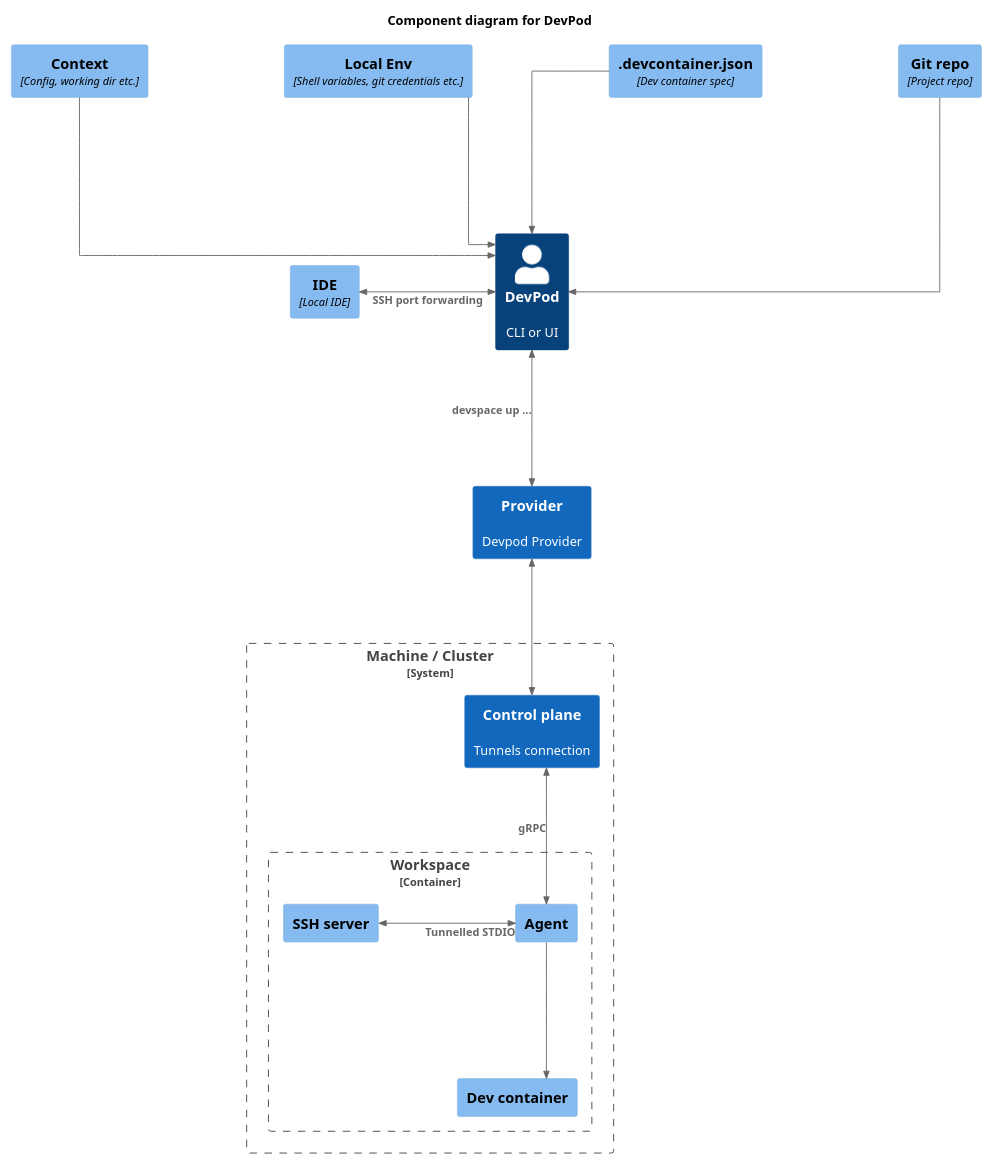
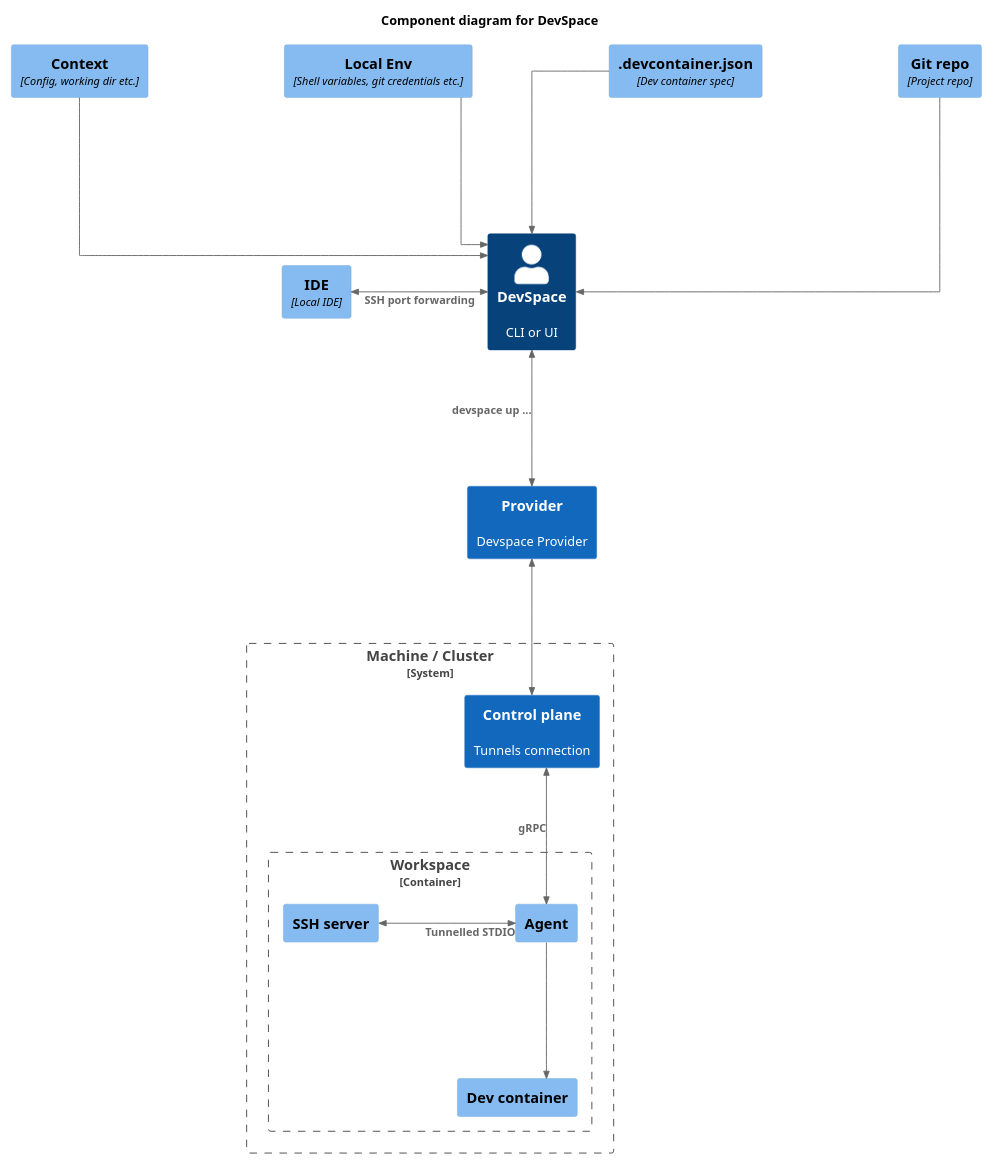
The diagram in docs/uml/c4_workspaces.puml (forkwork/devspace), drawn with PlantUML before and after one commit. The commit also changed 528 other files, not shown here.

```diff
--- a/docs/uml/c4_workspaces.puml
+++ b/docs/uml/c4_workspaces.puml
@@ -1,41 +1,41 @@
 @startuml
 !include https://raw.githubusercontent.com/plantuml-stdlib/C4-PlantUML/master/C4_Component.puml
 
 skinparam linetype ortho
 skinparam nodesep 150
 skinparam ranksep 150
 scale 1920x1080
 
 HIDE_STEREOTYPE()
 LAYOUT_TOP_DOWN()
 
-title Component diagram for DevPod
+title Component diagram for DevSpace
 
-Person(user, "DevPod", "CLI or UI")
-System(prov, "Provider", "Devpod Provider")
+Person(user, "DevSpace", "CLI or UI")
+System(prov, "Provider", "Devspace Provider")
 Component(ide, "IDE", "Local IDE")
 Component(ctx, "Context", "Config, working dir etc.")
 Component(env, "Local Env", "Shell variables, git credentials etc.")
 Component(dc, ".devcontainer.json", "Dev container spec")
 Component(git, "Git repo", "Project repo")
 
 System_Boundary(cluster, "Machine / Cluster") {
   System(controlPlane, "Control plane", "Tunnels connection")
   Container_Boundary(ws, "Workspace") {
     Component(runner, "Dev container", "")
     Component(agent, "Agent", "")
     Component(ssh, "SSH server", "")
   }
 }
 
 BiRel(user, prov, "devspace up ...")
 BiRel(prov, controlPlane, "")
 BiRel(controlPlane, agent, " gRPC")
 BiRel_Left(agent, ssh, "Tunnelled STDIO")
 Rel(agent, runner, "")
 BiRel_Left(user, ide, "SSH port forwarding")
 Rel(ctx, user, "")
 Rel(env, user, "")
 Rel(git, user, "")
 Rel(dc, user, "")
 @enduml
```
